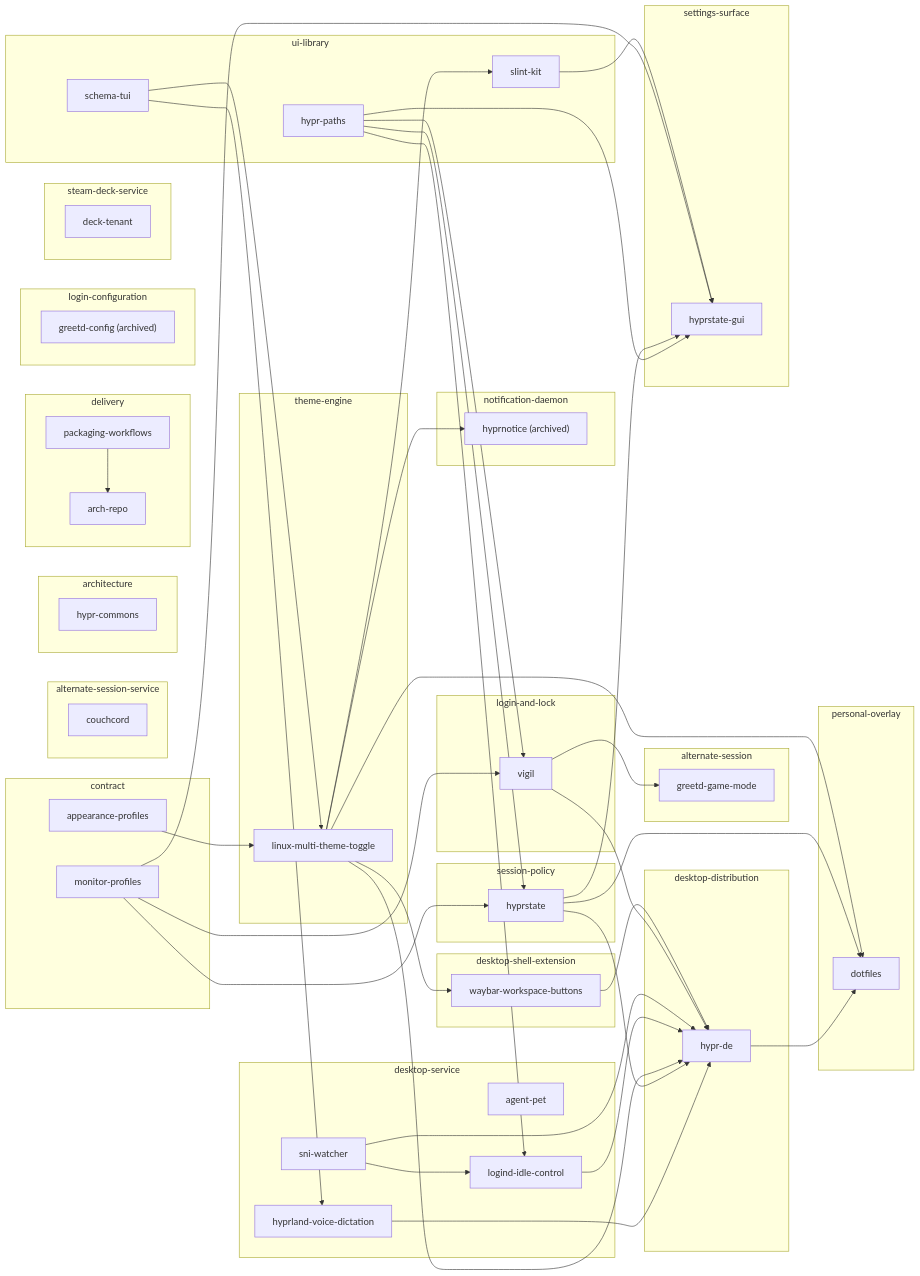
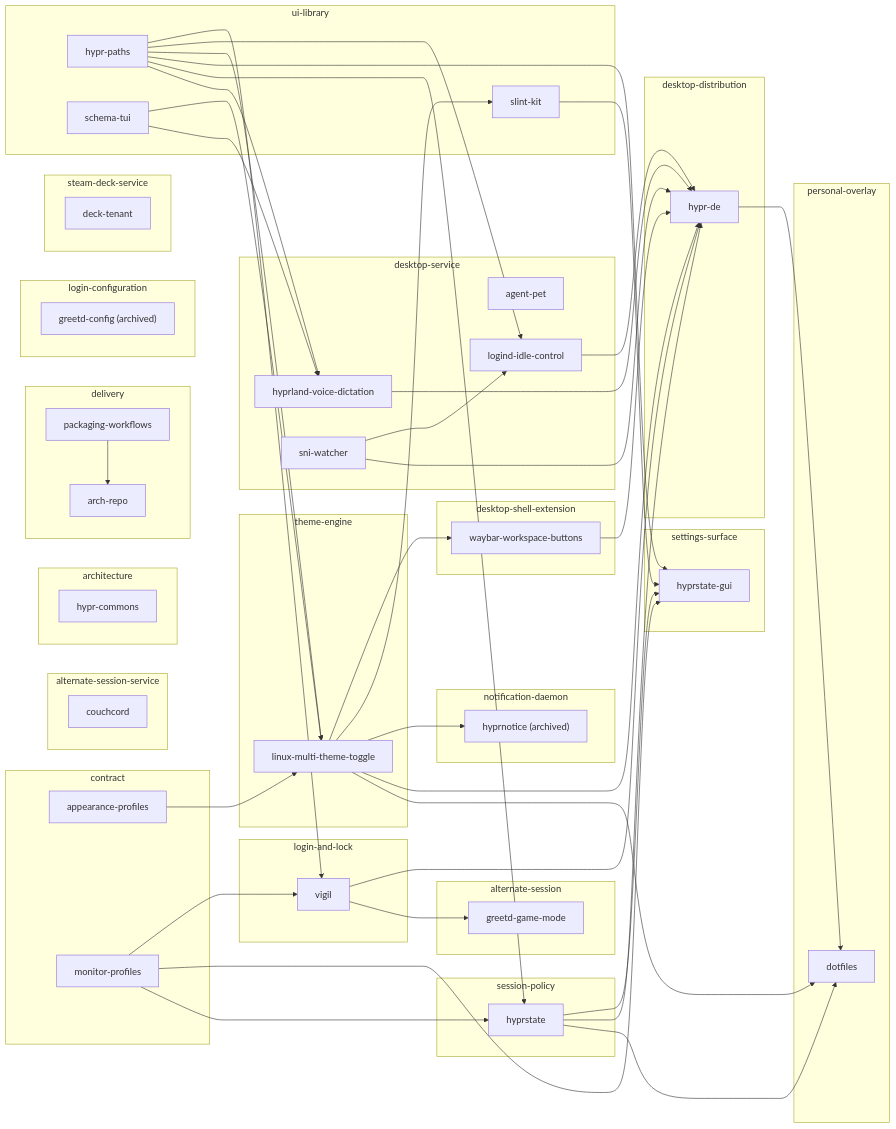
One commit to MasonRhodesDev/desktop-commons changed the diagram in docs/ECOSYSTEM.md. Above: the diagram before and after it, drawn with Mermaid. The commit also changed 5 other files, not shown here.

Commit message:
feat: record lmtt and voice-dictation as hypr-paths consumers

```diff
--- a/docs/ECOSYSTEM.md
+++ b/docs/ECOSYSTEM.md
@@ -76,6 +76,7 @@
     repo_sni_watcher --> repo_hypr_de
     repo_vigil --> repo_hypr_de
     repo_waybar_workspace_buttons --> repo_hypr_de
+    repo_hypr_paths --> repo_hyprland_voice_dictation
     repo_schema_tui --> repo_hyprland_voice_dictation
     repo_linux_multi_theme_toggle --> repo_hyprnotice
     repo_hypr_paths --> repo_hyprstate
@@ -85,6 +86,7 @@
     repo_monitor_profiles --> repo_hyprstate_gui
     repo_slint_kit --> repo_hyprstate_gui
     repo_appearance_profiles --> repo_linux_multi_theme_toggle
+    repo_hypr_paths --> repo_linux_multi_theme_toggle
     repo_schema_tui --> repo_linux_multi_theme_toggle
     repo_hypr_paths --> repo_logind_idle_control
     repo_sni_watcher --> repo_logind_idle_control
```
